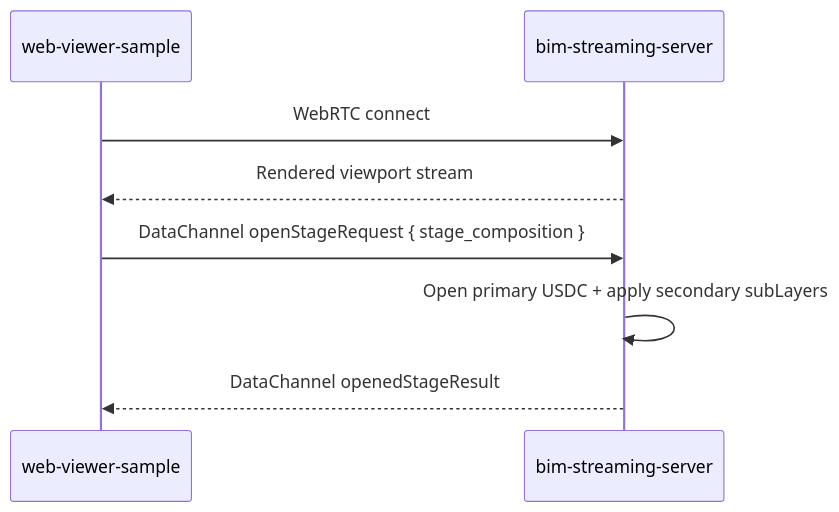
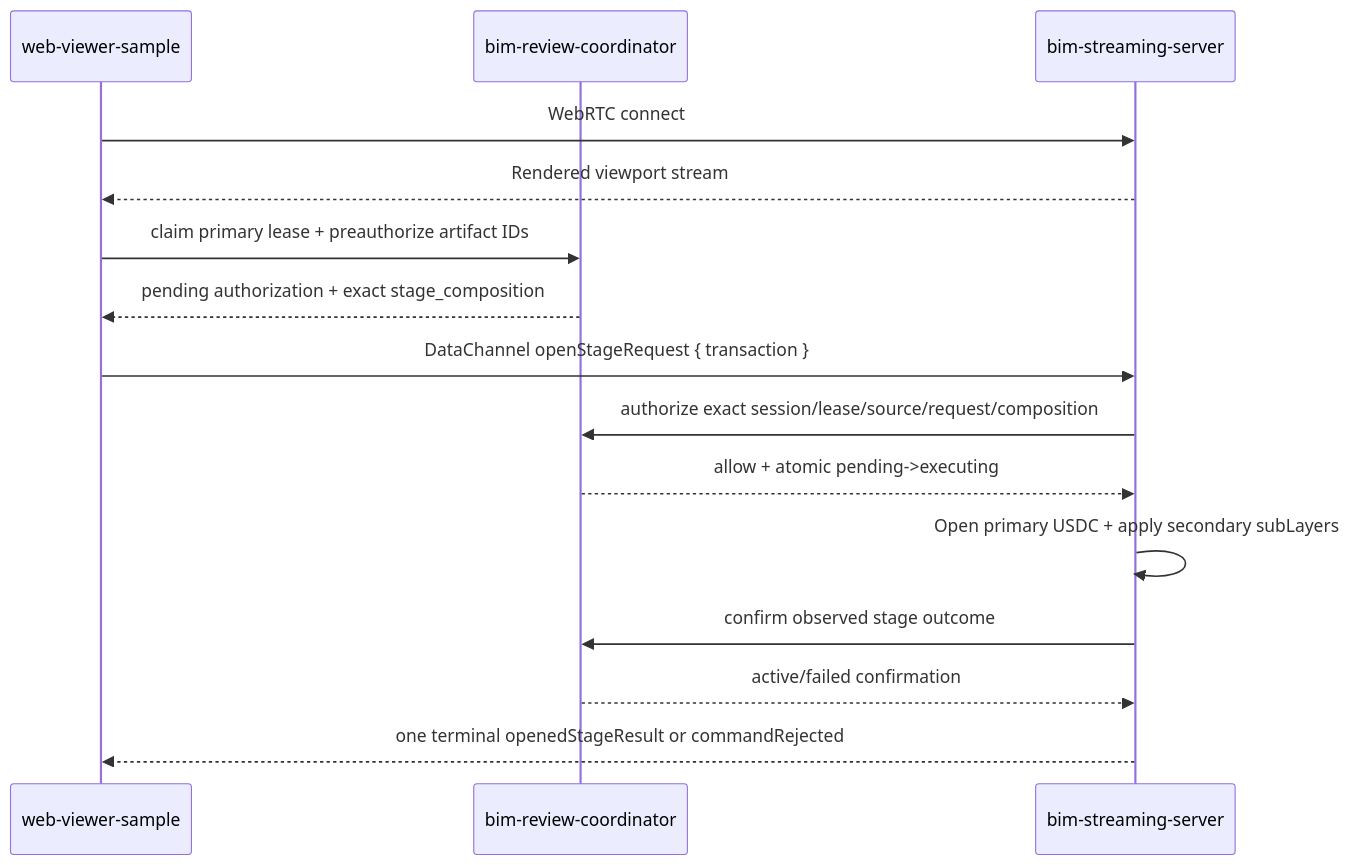
Before and after one commit to monkey1sai/AI-BIM-governance: the first of 2 diagrams in docs/agents/repo-data-flow-and-ownership.md, drawn with Mermaid. The commit also changed other lines of this file and 60 other files, not shown here.

Commit message:
feat(runtime): enforce coordinator command authority

````diff
--- a/docs/agents/repo-data-flow-and-ownership.md
+++ b/docs/agents/repo-data-flow-and-ownership.md
@@ -42,11 +44,18 @@
 ```mermaid
 sequenceDiagram
     participant WV as web-viewer-sample
+    participant CO as bim-review-coordinator
     participant KIT as bim-streaming-server
 
     WV->>KIT: WebRTC connect
     KIT-->>WV: Rendered viewport stream
-    WV->>KIT: DataChannel openStageRequest { stage_composition }
+    WV->>CO: claim primary lease + preauthorize artifact IDs
+    CO-->>WV: pending authorization + exact stage_composition
+    WV->>KIT: DataChannel openStageRequest { transaction }
+    KIT->>CO: authorize exact session/lease/source/request/composition
+    CO-->>KIT: allow + atomic pending->executing
     KIT->>KIT: Open primary USDC + apply secondary subLayers
-    KIT-->>WV: DataChannel openedStageResult
+    KIT->>CO: confirm observed stage outcome
+    CO-->>KIT: active/failed confirmation
+    KIT-->>WV: one terminal openedStageResult or commandRejected
 ```
````
